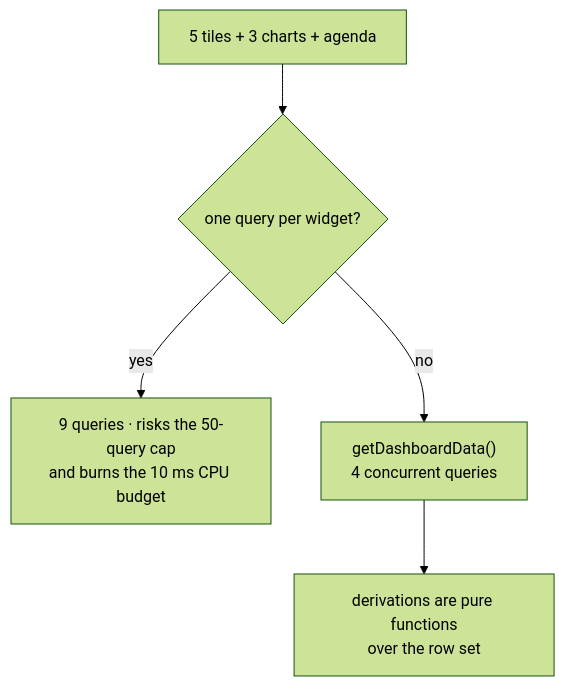
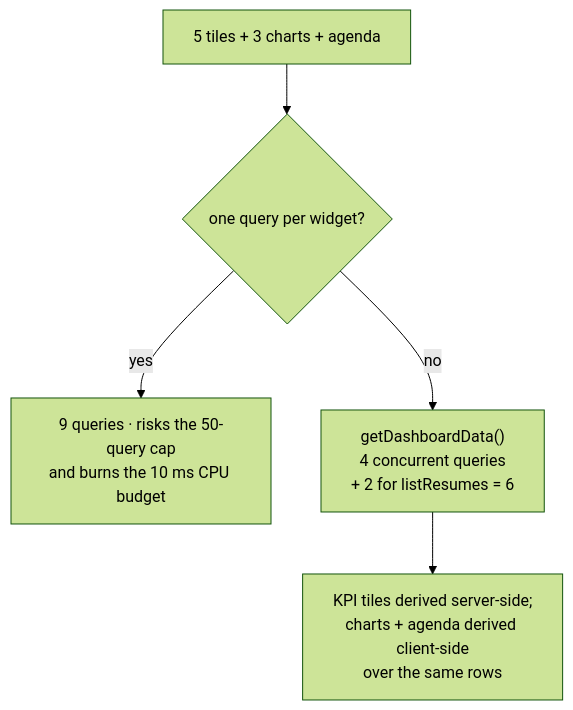
One commit to c0k0n/job-tracker changed the fifth of 5 diagrams in docs/analytics.md. Above: the diagram before and after it, drawn with Mermaid (forest theme). The commit also changed other lines of this file and 45 other files, not shown here.

````diff
--- a/docs/analytics.md
+++ b/docs/analytics.md
@@ -121,7 +164,7 @@
 ```mermaid
 flowchart TD
     A["5 tiles + 3 charts + agenda"] --> B{"one query per widget?"}
     B -- yes --> C["9 queries · risks the 50-query cap<br/>and burns the 10 ms CPU budget"]
-    B -- no --> D["getDashboardData()<br/>4 concurrent queries"]
-    D --> E["derivations are pure functions<br/>over the row set"]
+    B -- no --> D["getDashboardData()<br/>4 concurrent queries<br/>+ 2 for listResumes = 6"]
+    D --> E["KPI tiles derived server-side;<br/>charts + agenda derived client-side<br/>over the same rows"]
 ```
````
